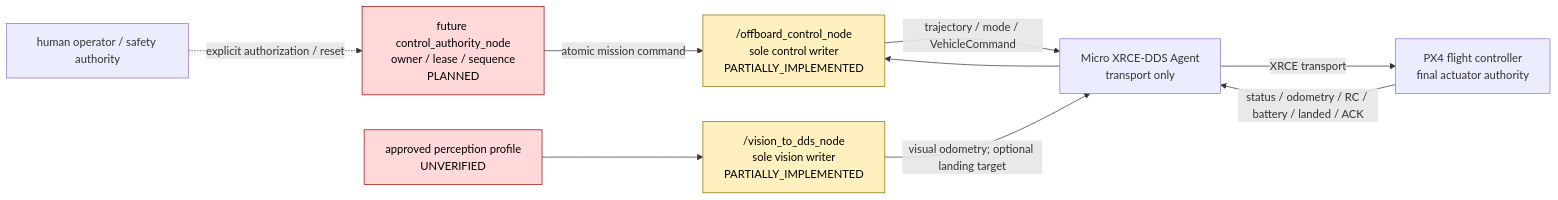
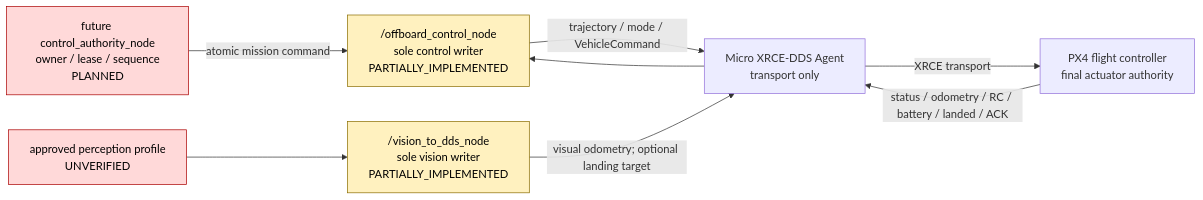
One commit to BoomBoomFly/BoomBoomFly changed the first of 2 diagrams in docs/architecture/CONTROL_AUTHORITY.md. Above: the diagram before and after it, drawn with Mermaid. The commit also changed other lines of this file and 25 other files, not shown here.

````diff
--- a/docs/architecture/CONTROL_AUTHORITY.md
+++ b/docs/architecture/CONTROL_AUTHORITY.md
@@ -13,24 +13,22 @@
 ```mermaid
 flowchart LR
-    OP["human operator / safety authority"]
     ARB["future control_authority_node<br/>owner / lease / sequence<br/>PLANNED"]
     OFB["/offboard_control_node<br/>sole control writer<br/>PARTIALLY_IMPLEMENTED"]
     AG["Micro XRCE-DDS Agent<br/>transport only"]
     PX4["PX4 flight controller<br/>final actuator authority"]
     VIS["/vision_to_dds_node<br/>sole vision writer<br/>PARTIALLY_IMPLEMENTED"]
     SENSOR["approved perception profile<br/>UNVERIFIED"]
 
-    OP -."explicit authorization / reset".-> ARB
     ARB -->|"atomic mission command"| OFB
     OFB -->|"trajectory / mode / VehicleCommand"| AG
     AG -->|"XRCE transport"| PX4
     SENSOR --> VIS
     VIS -->|"visual odometry; optional landing target"| AG
     PX4 -->|"status / odometry / RC / battery / landed / ACK"| AG
     AG --> OFB
 
     classDef planned fill:#ffd9d9,stroke:#a00,color:#000;
     classDef partial fill:#fff1bf,stroke:#8a6d00,color:#000;
     class ARB,SENSOR planned;
     class OFB,VIS partial;
 ```
````
